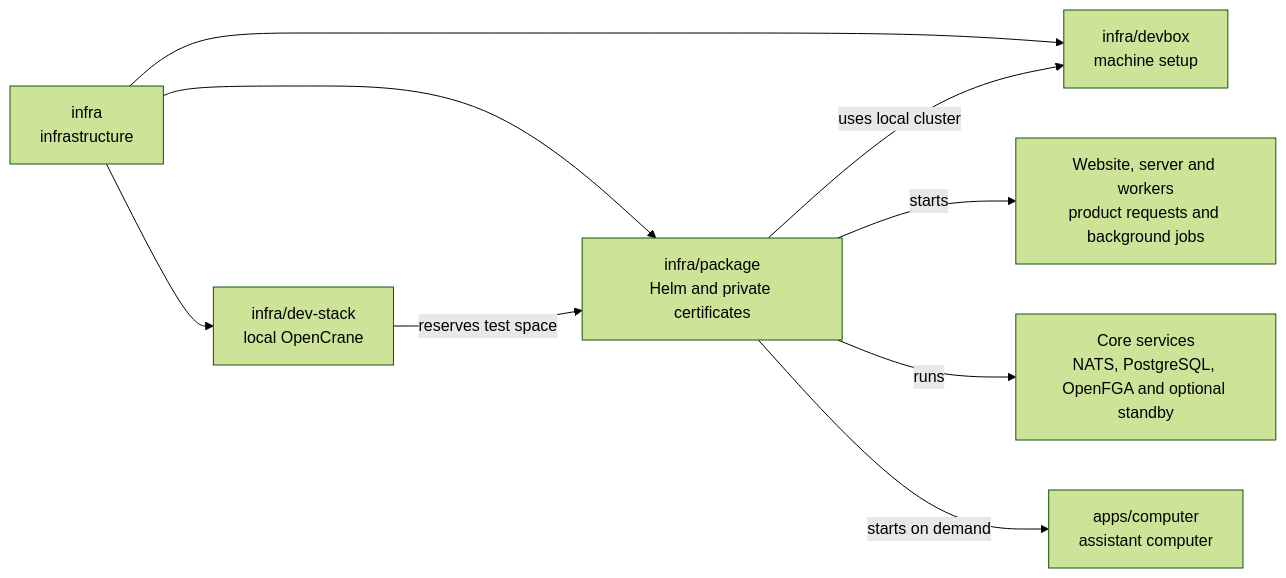
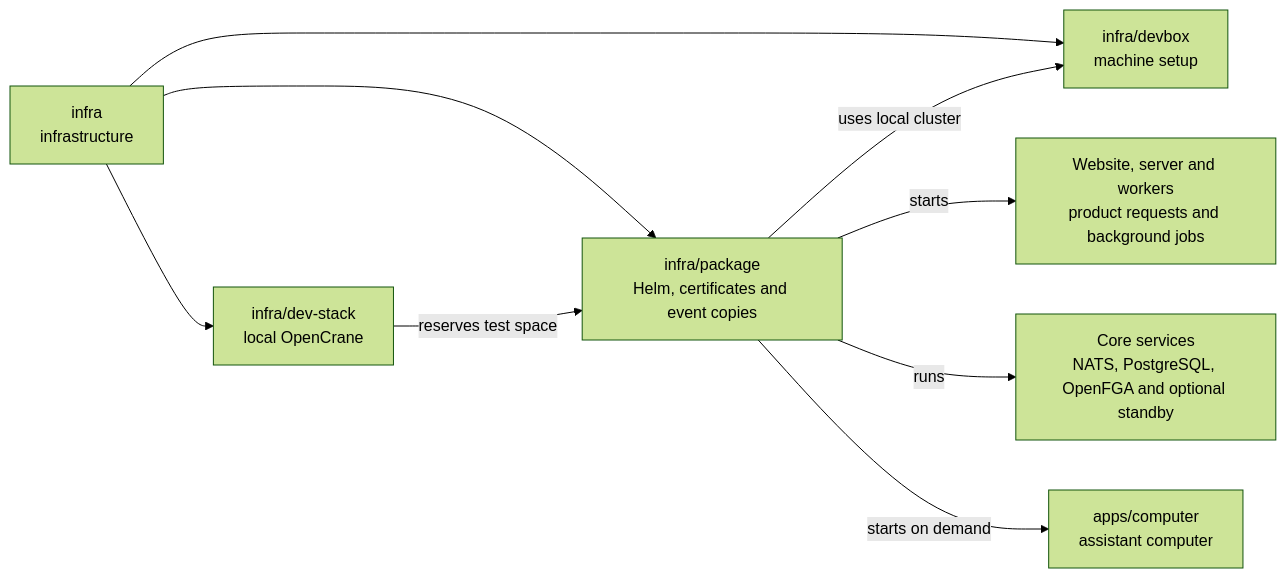
Before and after one commit to elewa-git/opencrane-new: the diagram in infra/package/README.md, drawn with Mermaid (forest theme). The commit also changed other lines of this file and 8 other files, not shown here.

````diff
--- a/infra/package/README.md
+++ b/infra/package/README.md
@@ -18,11 +18,11 @@
 ```mermaid
 flowchart LR
-  infra["infra<br/>infrastructure"] --> package["infra/package<br/>Helm and private certificates"]
+  infra["infra<br/>infrastructure"] --> package["infra/package<br/>Helm, certificates and event copies"]
   infra --> stack["infra/dev-stack<br/>local OpenCrane"]
   infra --> devbox["infra/devbox<br/>machine setup"]
   stack -->|reserves test space| package
   package -->|uses local cluster| devbox
   package -->|starts| apps["Website, server and workers<br/>product requests and background jobs"]
   package -->|runs| services["Core services<br/>NATS, PostgreSQL, OpenFGA and optional standby"]
   package -->|starts on demand| computer["apps/computer<br/>assistant computer"]
 ```
````
